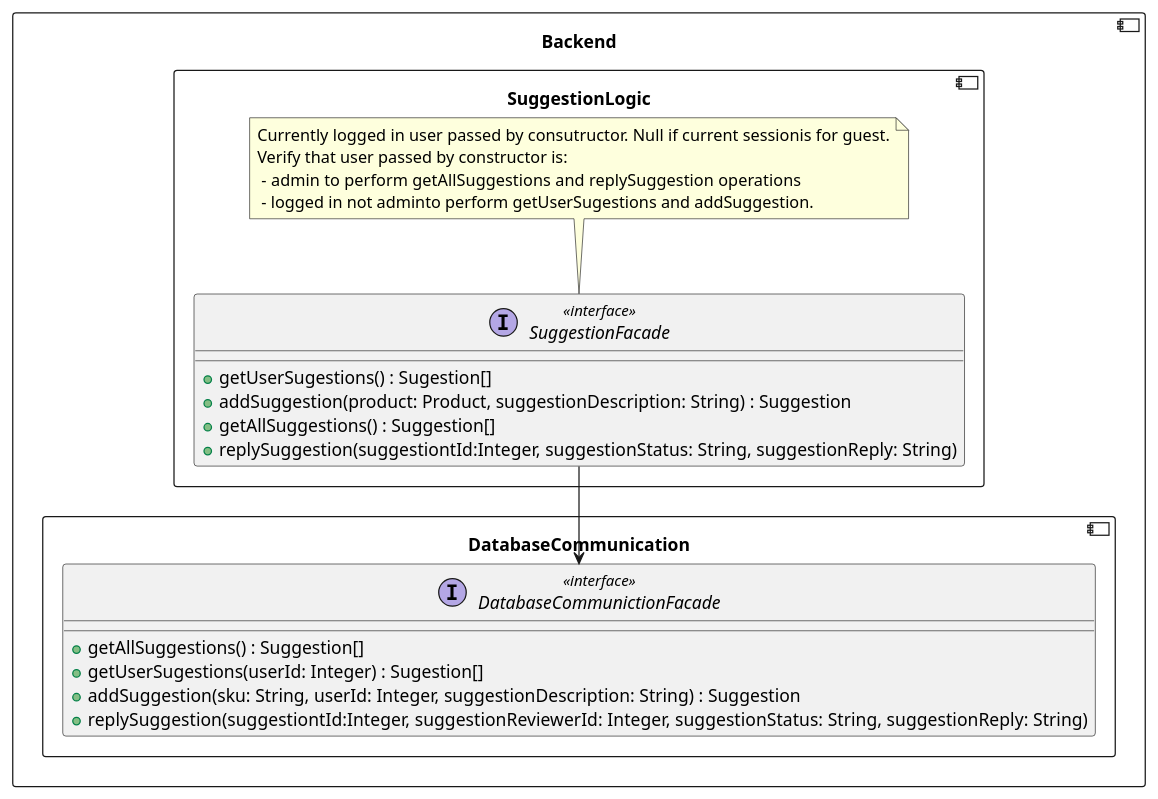
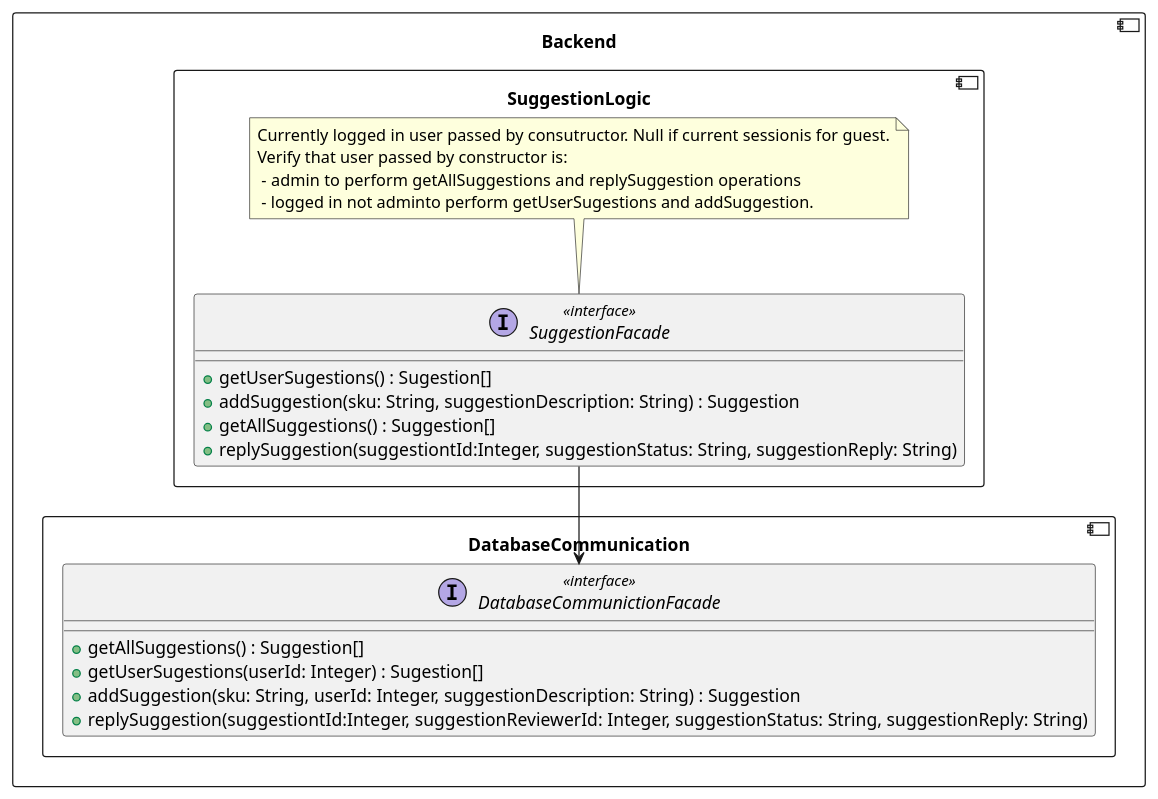
One commit to RadekBucki/OpinionCollectorArchitecture changed the seventh of 9 diagrams in backend/BackendLogic.md. Above: the diagram before and after it, drawn with PlantUML. The commit also changed other lines of this file and 1 other file, not shown here.

Commit message:
Replace product: Product to sku: String

````diff
--- a/backend/BackendLogic.md
+++ b/backend/BackendLogic.md
@@ -205,32 +205,32 @@
 ```plantuml
 @startuml
 component Backend {
     component DatabaseCommunication {
         interface DatabaseCommunictionFacade <<interface>> {
             + getAllSuggestions() : Suggestion[]
             + getUserSugestions(userId: Integer) : Sugestion[]
             + addSuggestion(sku: String, userId: Integer, suggestionDescription: String) : Suggestion
             + replySuggestion(suggestiontId:Integer, suggestionReviewerId: Integer, suggestionStatus: String, suggestionReply: String)
         }
     }
     
     component SuggestionLogic {
         
         SuggestionFacade --> DatabaseCommunictionFacade
         interface SuggestionFacade <<interface>> {
             + getUserSugestions() : Sugestion[]
-            + addSuggestion(product: Product, suggestionDescription: String) : Suggestion
+            + addSuggestion(sku: String, suggestionDescription: String) : Suggestion
             + getAllSuggestions() : Suggestion[]
             + replySuggestion(suggestiontId:Integer, suggestionStatus: String, suggestionReply: String)
         }
     
         note top of SuggestionFacade
             Currently logged in user passed by consutructor. Null if current sessionis for guest.
             Verify that user passed by constructor is:
              - admin to perform  getAllSuggestions and replySuggestion operations
              - logged in not adminto perform getUserSugestions and addSuggestion.
         endnote
     }
 }
 @enduml 
 ```
````
